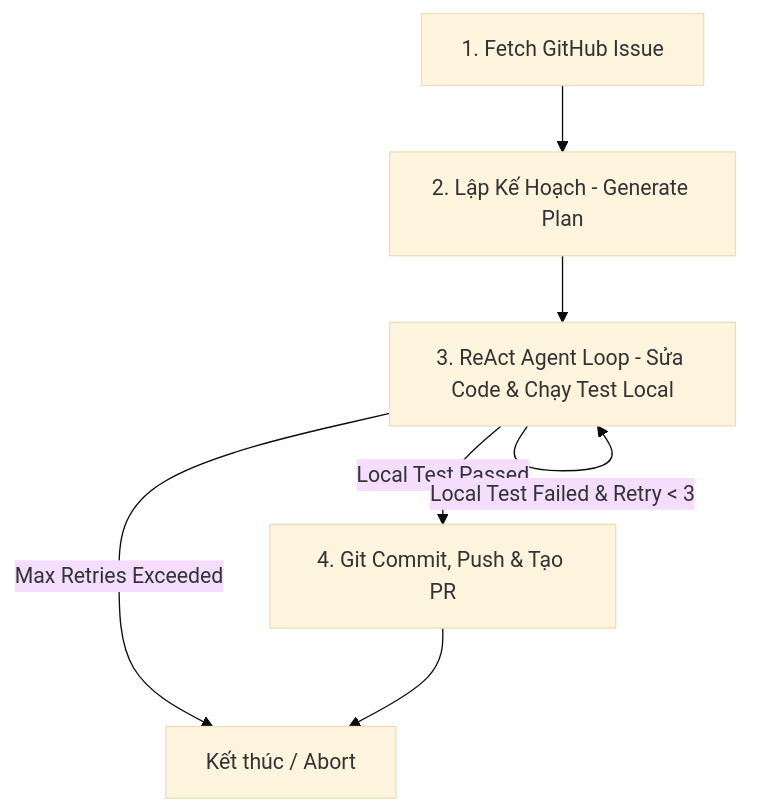
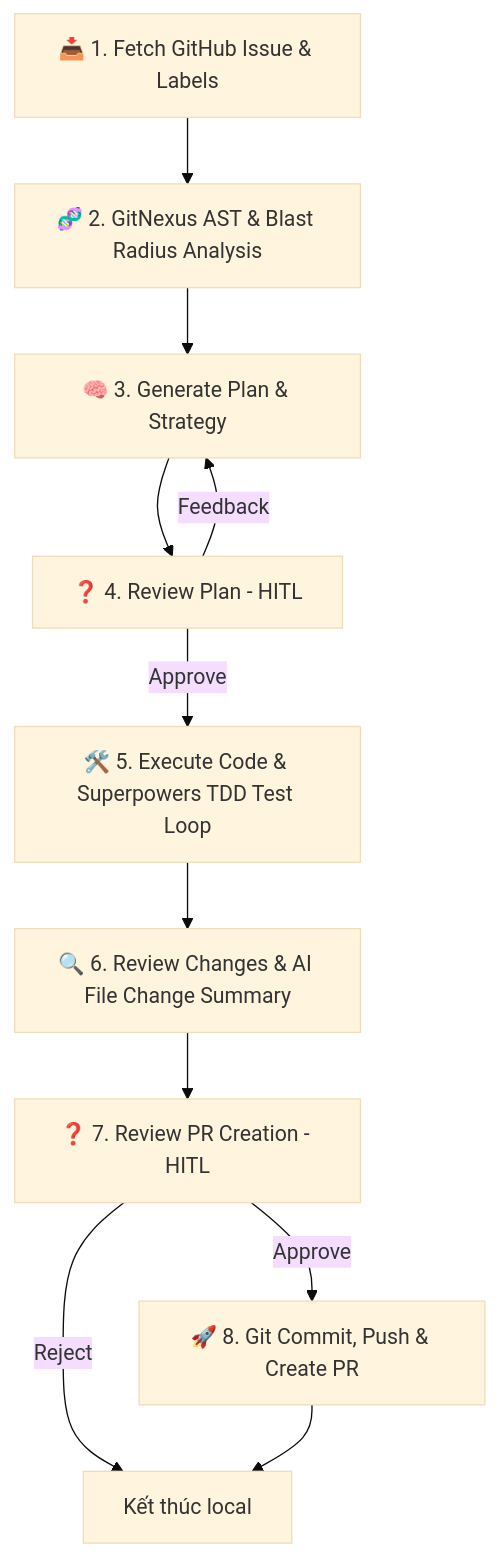
One commit to devlorvn/auto-dev-agent changed the diagram in README.md. Above: the diagram before and after it, drawn with Mermaid (base theme). The commit also changed other lines of this file and 7 other files, not shown here.

Commit message:
feat: integrate GitNexus codebase intelligence and define project configuration structures

````diff
--- a/README.md
+++ b/README.md
@@ -118,9 +114,13 @@
 ```mermaid
-graph TD
-    A[1. Fetch GitHub Issue] --> B[2. Lập Kế Hoạch - Generate Plan]
-    B --> C[3. ReAct Agent Loop - Sửa Code & Chạy Test Local]
-    C -->|Local Test Passed| D[4. Git Commit, Push & Tạo PR]
-    C -->|Local Test Failed & Retry < 3| C
-    C -->|Max Retries Exceeded| E[Kết thúc / Abort]
-    D --> E
+flowchart TD
+    A[📥 1. Fetch GitHub Issue & Labels] --> B[🧬 2. GitNexus AST & Blast Radius Analysis]
+    B --> C[🧠 3. Generate Plan & Strategy]
+    C --> D[❓ 4. Review Plan - HITL]
+    D -->|Approve| E[🛠️ 5. Execute Code & Superpowers TDD Test Loop]
+    D -->|Feedback| C
+    E --> F[🔍 6. Review Changes & AI File Change Summary]
+    F --> G[❓ 7. Review PR Creation - HITL]
+    G -->|Approve| H[🚀 8. Git Commit, Push & Create PR]
+    G -->|Reject| I[Kết thúc local]
+    H --> I
 ```
````
